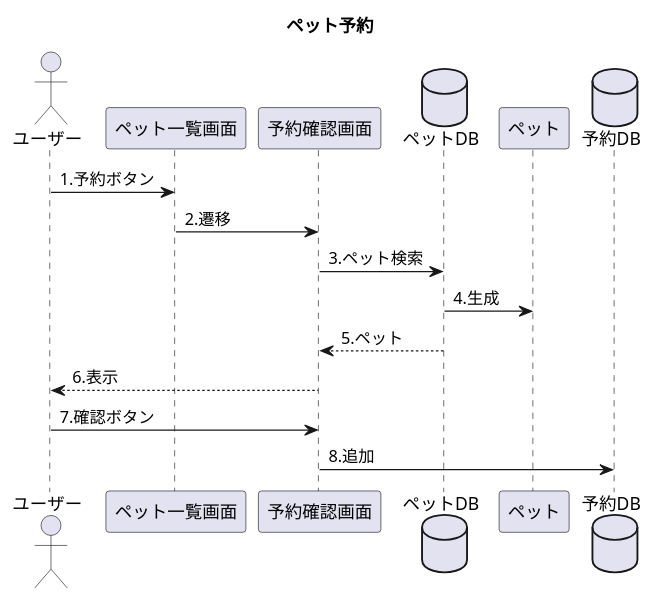
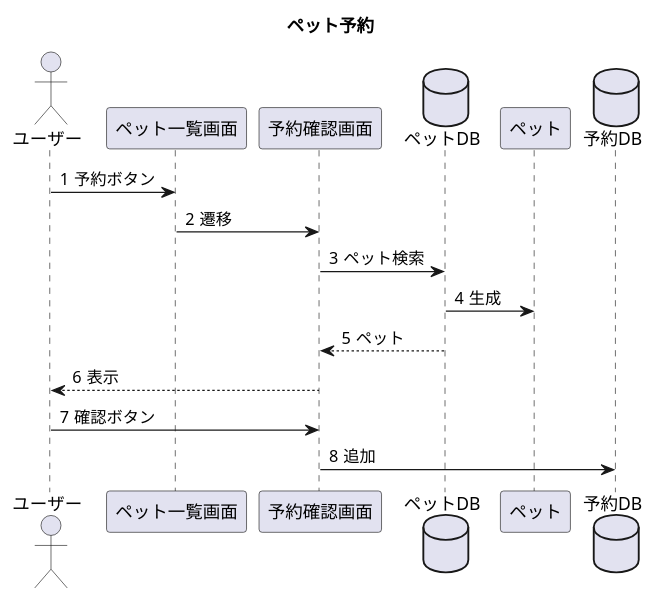
One commit to Tyamanaka07/WebSystem changed the diagram in UML/seq_booking.pu. Above: the diagram before and after it, drawn with PlantUML. The commit also changed 5 other files, not shown here.

```diff
--- a/UML/seq_booking.pu
+++ b/UML/seq_booking.pu
@@ -1,19 +1,20 @@
 @startuml
 title ペット予約
 actor ユーザー
 participant ペット一覧画面
 participant 予約確認画面
 database ペットDB
 participant ペット
 database 予約DB
+autonumber "#"
 
-ユーザー->ペット一覧画面:1.予約ボタン
-ペット一覧画面->予約確認画面:2.遷移
-予約確認画面->ペットDB:3.ペット検索
-ペットDB->ペット:4.生成
-ペットDB-->予約確認画面:5.ペット
-予約確認画面-->ユーザー:6.表示
-ユーザー->予約確認画面:7.確認ボタン
-予約確認画面->予約DB:8.追加
+ユーザー->ペット一覧画面:予約ボタン
+ペット一覧画面->予約確認画面:遷移
+予約確認画面->ペットDB:ペット検索
+ペットDB->ペット:生成
+ペットDB-->予約確認画面:ペット
+予約確認画面-->ユーザー:表示
+ユーザー->予約確認画面:確認ボタン
+予約確認画面->予約DB:追加
 
 @enduml
```
